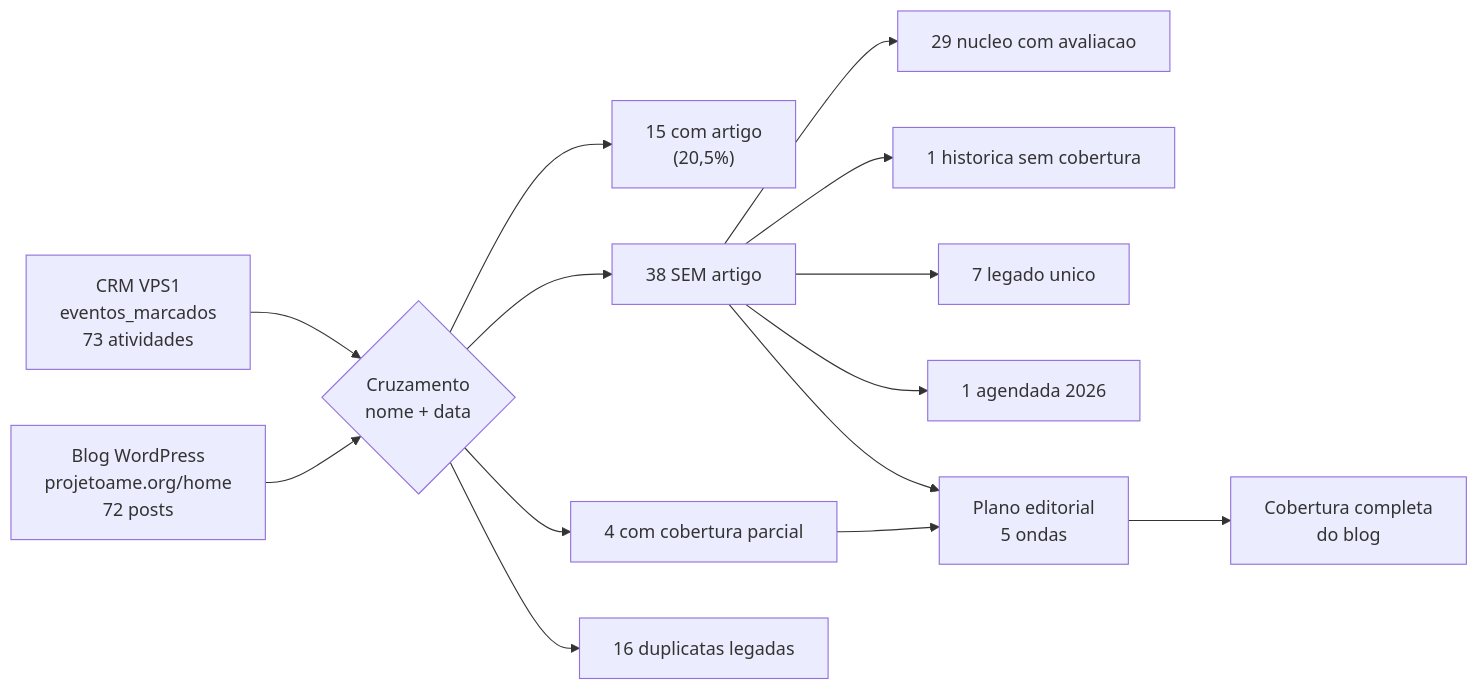
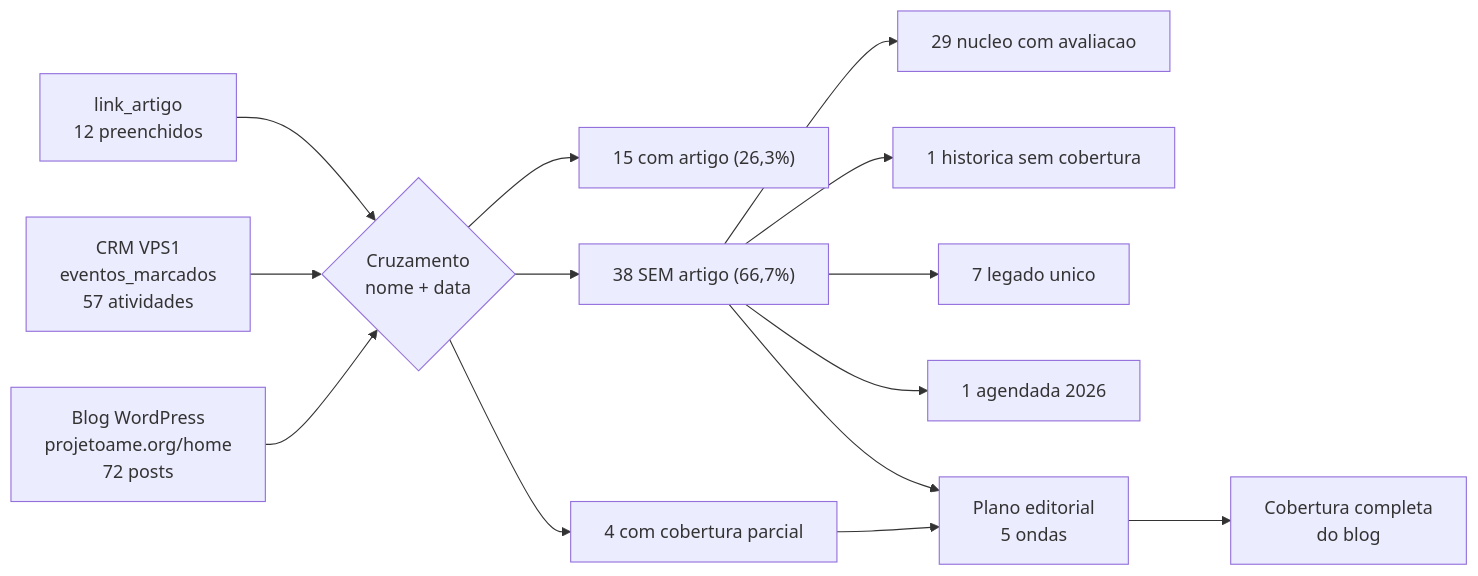
One commit to pauloaddair/projetoame changed the diagram in RELATORIO_COBERTURA_BLOG_ATIVIDADES_18SET2026.md. Above: the diagram before and after it, drawn with Mermaid. The commit also changed other lines of this file and 3 other files, not shown here.

First line of the commit message:
docs(ame): consolidacao das duplicatas legadas + plano da esteira de cobertura do blog

````diff
--- a/RELATORIO_COBERTURA_BLOG_ATIVIDADES_18SET2026.md
+++ b/RELATORIO_COBERTURA_BLOG_ATIVIDADES_18SET2026.md
@@ -188,16 +223,16 @@
 ```mermaid
 flowchart LR
     A["Blog WordPress<br/>projetoame.org/home<br/>72 posts"] --> C{"Cruzamento<br/>nome + data"}
-    B["CRM VPS1<br/>eventos_marcados<br/>73 atividades"] --> C
-    C --> D["15 com artigo<br/>(20,5%)"]
+    B["CRM VPS1<br/>eventos_marcados<br/>57 atividades"] --> C
+    L["link_artigo<br/>12 preenchidos"] --> C
+    C --> D["15 com artigo (26,3%)"]
     C --> E["4 com cobertura parcial"]
-    C --> F["38 SEM artigo"]
-    C --> I["16 duplicatas legadas"]
+    C --> F["38 SEM artigo (66,7%)"]
     F --> F1["29 nucleo com avaliacao"]
     F --> F2["1 historica sem cobertura"]
     F --> F3["7 legado unico"]
     F --> F4["1 agendada 2026"]
     E --> G["Plano editorial<br/>5 ondas"]
     F --> G
     G --> H["Cobertura completa<br/>do blog"]
 ```
````
